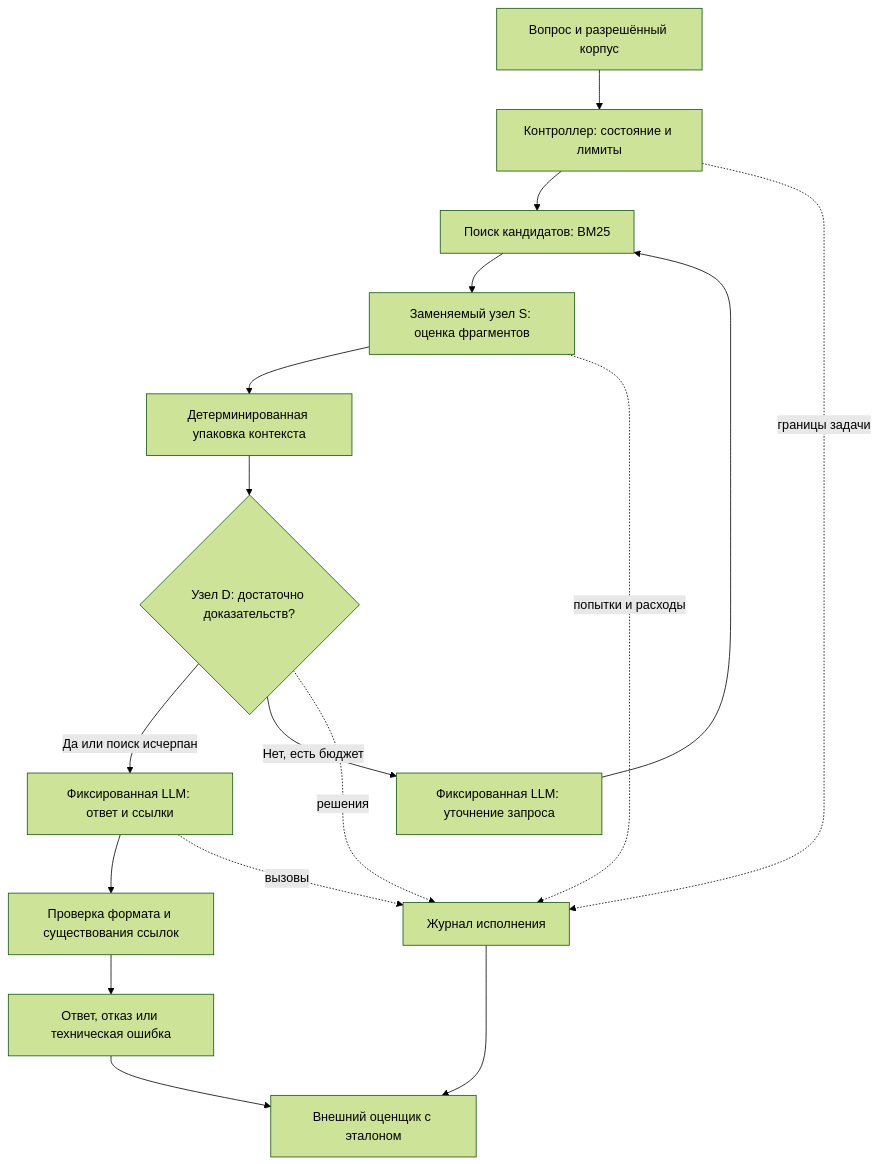
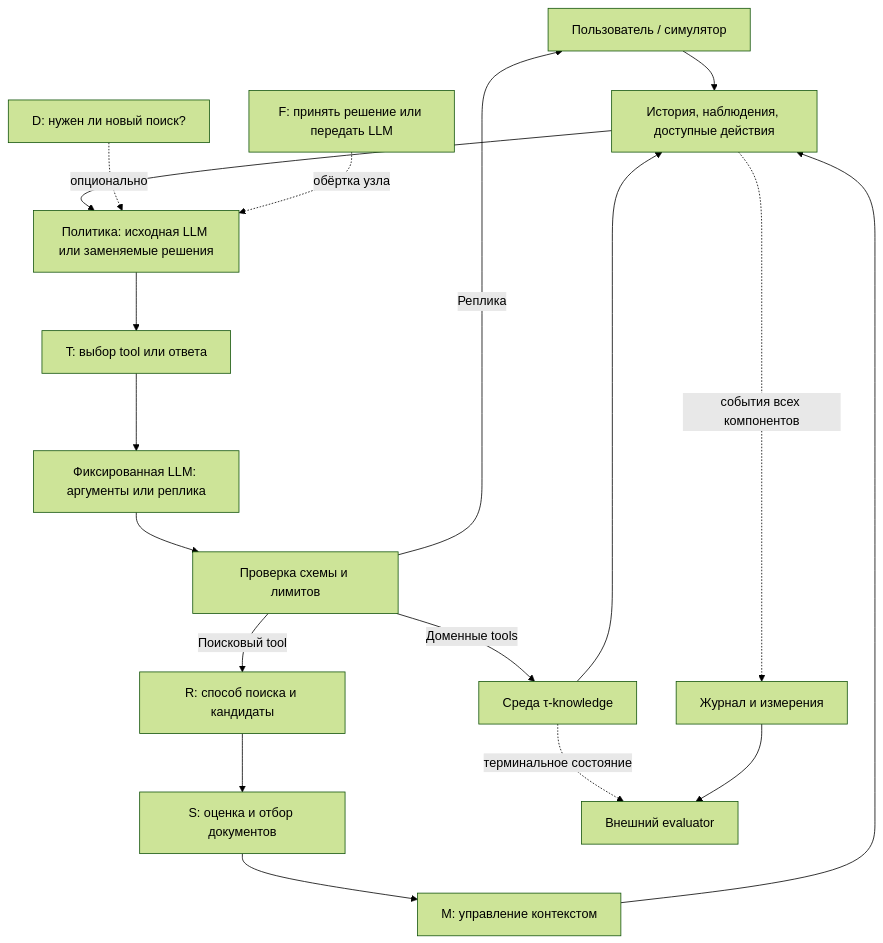
The diagram in docs/architecture.md (Nikita-812/diplom), drawn with Mermaid (forest theme) before and after one commit. The commit also changed other lines of this file and 5 other files, not shown here.

Commit message:
docs: expand experiments to tau-knowledge and tool selection

````diff
--- a/docs/architecture.md
+++ b/docs/architecture.md
@@ -97,19 +94,20 @@
 ```mermaid
 flowchart TD
-    Q["Вопрос и разрешённый корпус"] --> H["Контроллер: состояние и лимиты"]
-    H --> R["Поиск кандидатов: BM25"]
-    R --> S["Заменяемый узел S: оценка фрагментов"]
-    S --> P["Детерминированная упаковка контекста"]
-    P --> D{"Узел D: достаточно доказательств?"}
-    D -- "Да или поиск исчерпан" --> A["Фиксированная LLM: ответ и ссылки"]
-    D -- "Нет, есть бюджет" --> W["Фиксированная LLM: уточнение запроса"]
-    W --> R
-    A --> V["Проверка формата и существования ссылок"]
-    V --> O["Ответ, отказ или техническая ошибка"]
-    S -. "попытки и расходы" .-> T["Журнал исполнения"]
-    H -. "границы задачи" .-> T
-    D -. "решения" .-> T
-    A -. "вызовы" .-> T
-    O --> E["Внешний оценщик с эталоном"]
-    T --> E
+    U["Пользователь / симулятор"] --> H["История, наблюдения, доступные действия"]
+    H --> P["Политика: исходная LLM или заменяемые решения"]
+    P --> T["T: выбор tool или ответа"]
+    T --> G["Фиксированная LLM: аргументы или реплика"]
+    G --> V["Проверка схемы и лимитов"]
+    V -- "Реплика" --> U
+    V -- "Доменные tools" --> E["Среда τ-knowledge"]
+    E --> H
+    V -- "Поисковый tool" --> R["R: способ поиска и кандидаты"]
+    R --> S["S: оценка и отбор документов"]
+    S --> M["M: управление контекстом"]
+    M --> H
+    D["D: нужен ли новый поиск?"] -. "опционально" .-> P
+    F["F: принять решение или передать LLM"] -. "обёртка узла" .-> P
+    H -. "события всех компонентов" .-> L["Журнал и измерения"]
+    E -. "терминальное состояние" .-> J["Внешний evaluator"]
+    L --> J
 ```
````
